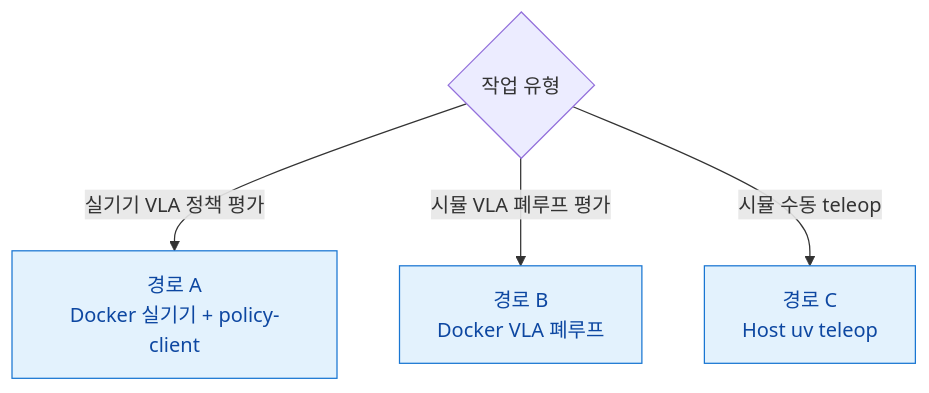
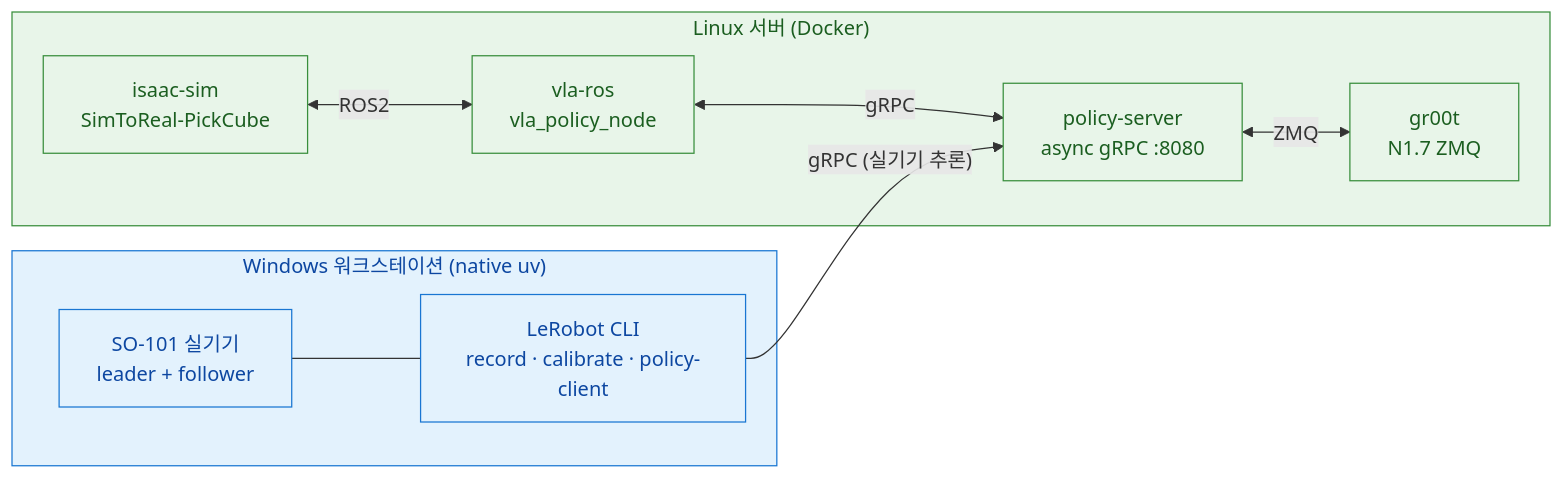
Before and after one commit to PubCyBerry/SO101-Sim2Real: the diagram in README.md, drawn with Mermaid. The commit also changed other lines of this file and 142 other files, not shown here.

````diff
--- a/README.md
+++ b/README.md
@@ -29,10 +37,23 @@
 ```mermaid
-flowchart TD
-    Q1{"작업 유형"}
-    Q1 -->|실기기 VLA 정책 평가| A["경로 A<br/>Docker 실기기 + policy-client"]
-    Q1 -->|시뮬 VLA 폐루프 평가| B["경로 B<br/>Docker VLA 폐루프"]
-    Q1 -->|시뮬 수동 teleop| C["경로 C<br/>Host uv teleop"]
+flowchart LR
+    subgraph WIN["Windows 워크스테이션 (native uv)"]
+        ROBOT["SO-101 실기기<br/>leader + follower"]
+        CLI["LeRobot CLI<br/>record · calibrate · policy-client"]
+        ROBOT --- CLI
+    end
+    subgraph LNX["Linux 서버 (Docker)"]
+        PS["policy-server<br/>async gRPC :8080"]
+        SIM["isaac-sim<br/>SimToReal-PickCube"]
+        VLA["vla-ros<br/>vla_policy_node"]
+        GR["gr00t<br/>N1.7 ZMQ"]
+        SIM <-->|ROS2| VLA
+        VLA <-->|gRPC| PS
+        PS <-->|ZMQ| GR
+    end
+    CLI -->|"gRPC (실기기 추론)"| PS
 
-    classDef path fill:#e3f2fd,stroke:#1976d2,color:#0d47a1
-    class A,B,C path
+    classDef win fill:#e3f2fd,stroke:#1976d2,color:#0d47a1
+    classDef lnx fill:#e8f5e9,stroke:#388e3c,color:#1b5e20
+    class WIN,ROBOT,CLI win
+    class LNX,PS,SIM,VLA,GR lnx
 ```
````
